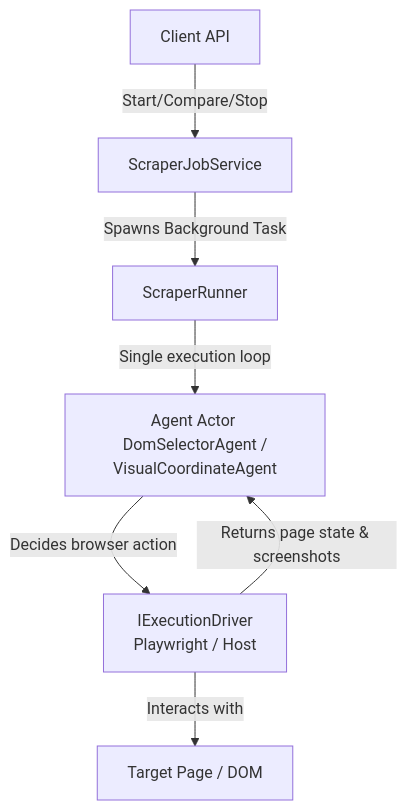
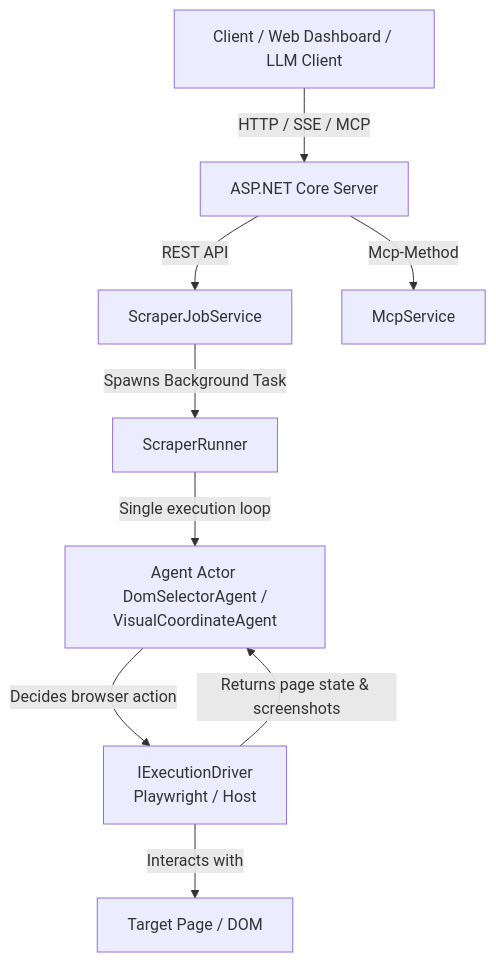
The diagram in README.md (spelech/CSharpScraper), drawn with Mermaid before and after one commit. The commit also changed other lines of this file, not shown here.

Commit message:
Comprehensive documentation for Web Dashboard and MCP 2026-07-28 RC Spec in README

````diff
--- a/README.md
+++ b/README.md
@@ -15,9 +88,11 @@
 ```mermaid
 graph TD
-    ClientAPI[Client API] -->|Start/Compare/Stop| ScraperJobService[ScraperJobService]
+    ClientAPI[Client / Web Dashboard / LLM Client] -->|HTTP / SSE / MCP| ASPNET[ASP.NET Core Server]
+    ASPNET -->|REST API| ScraperJobService[ScraperJobService]
+    ASPNET -->|Mcp-Method| McpService[McpService]
     ScraperJobService -->|Spawns Background Task| ScraperRunner[ScraperRunner]
     ScraperRunner -->|Single execution loop| AgentActor[Agent Actor <br> DomSelectorAgent / VisualCoordinateAgent]
     AgentActor -->|Decides browser action| IExecutionDriver[IExecutionDriver <br> Playwright / Host]
     IExecutionDriver -->|Interacts with| TargetPage[Target Page / DOM]
     IExecutionDriver -->|Returns page state & screenshots| AgentActor
 ```
````
